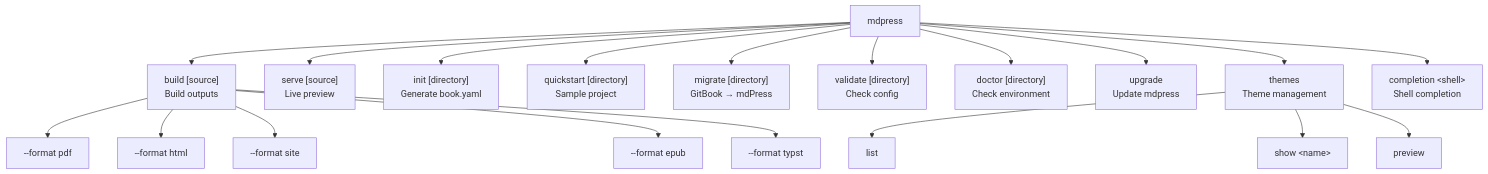
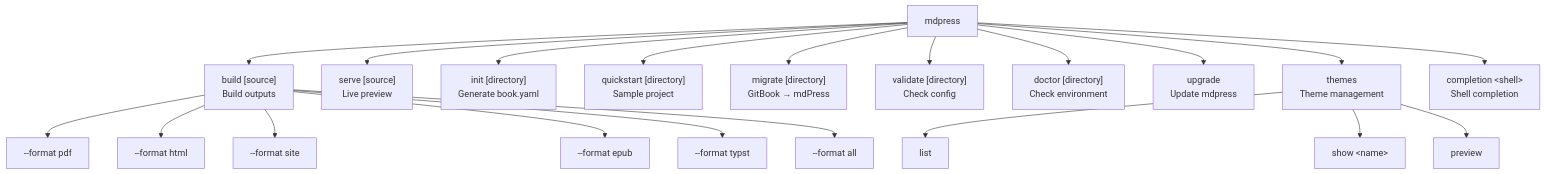
Before and after one commit to yeasy/mdPress: the first of 2 diagrams in docs/COMMANDS.md, drawn with Mermaid. The commit also changed other lines of this file and 9 other files, not shown here.

Commit message:
Update docs for v0.6.1 and format all

````diff
--- a/docs/COMMANDS.md
+++ b/docs/COMMANDS.md
@@ -9,25 +9,26 @@
 ```mermaid
 flowchart TD
     root["mdpress"]
 
     root --> build["build [source]<br/>Build outputs"]
     root --> serve["serve [source]<br/>Live preview"]
     root --> init["init [directory]<br/>Generate book.yaml"]
     root --> quickstart["quickstart [directory]<br/>Sample project"]
     root --> migrate["migrate [directory]<br/>GitBook → mdPress"]
     root --> validate["validate [directory]<br/>Check config"]
     root --> doctor["doctor [directory]<br/>Check environment"]
     root --> upgrade["upgrade<br/>Update mdpress"]
     root --> themes["themes<br/>Theme management"]
     root --> completion["completion &lt;shell&gt;<br/>Shell completion"]
 
     themes --> list["list"]
     themes --> show["show &lt;name&gt;"]
     themes --> preview["preview"]
 
     build --> pdf["--format pdf"]
     build --> html["--format html"]
     build --> site["--format site"]
     build --> epub["--format epub"]
     build --> typst["--format typst"]
+    build --> all["--format all"]
 ```
````
